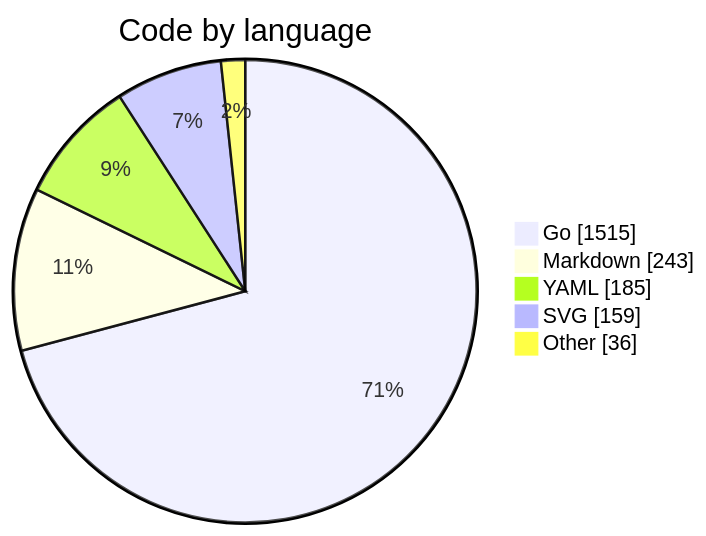
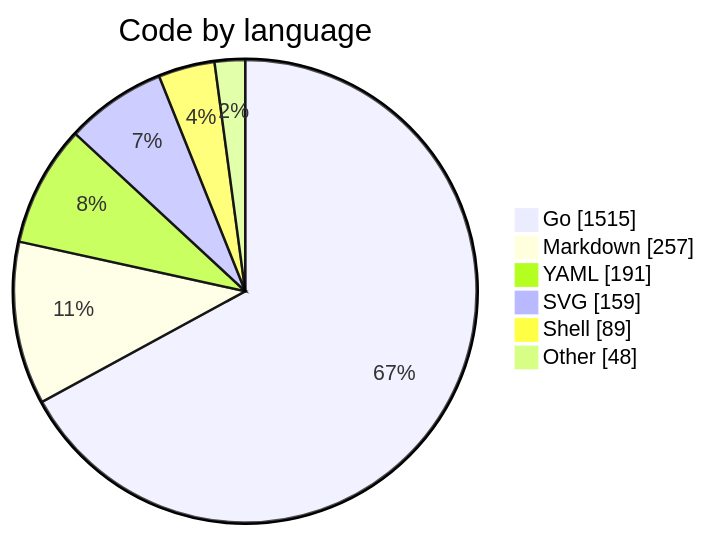
Before and after one commit to binRick/pal: the diagram in README.md, drawn with Mermaid. The commit also changed other lines of this file and 4 other files, not shown here.

````diff
--- a/README.md
+++ b/README.md
@@ -293,9 +311,10 @@
 ```mermaid
 pie showData
     title Code by language
     "Go" : 1515
-    "Markdown" : 243
-    "YAML" : 185
+    "Markdown" : 257
+    "YAML" : 191
     "SVG" : 159
-    "Other" : 36
+    "Shell" : 89
+    "Other" : 48
 ```
````
